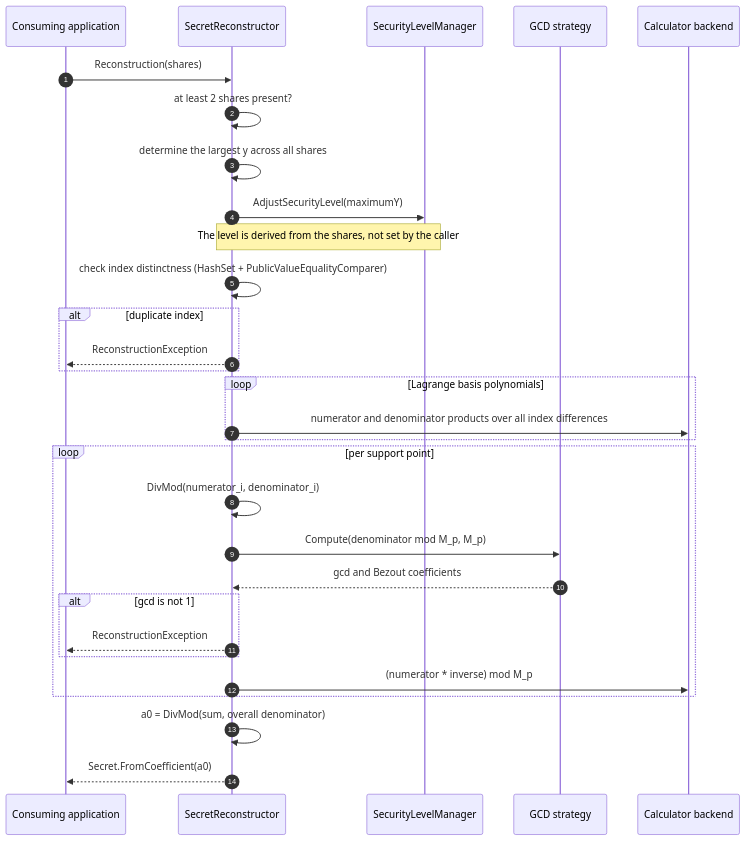
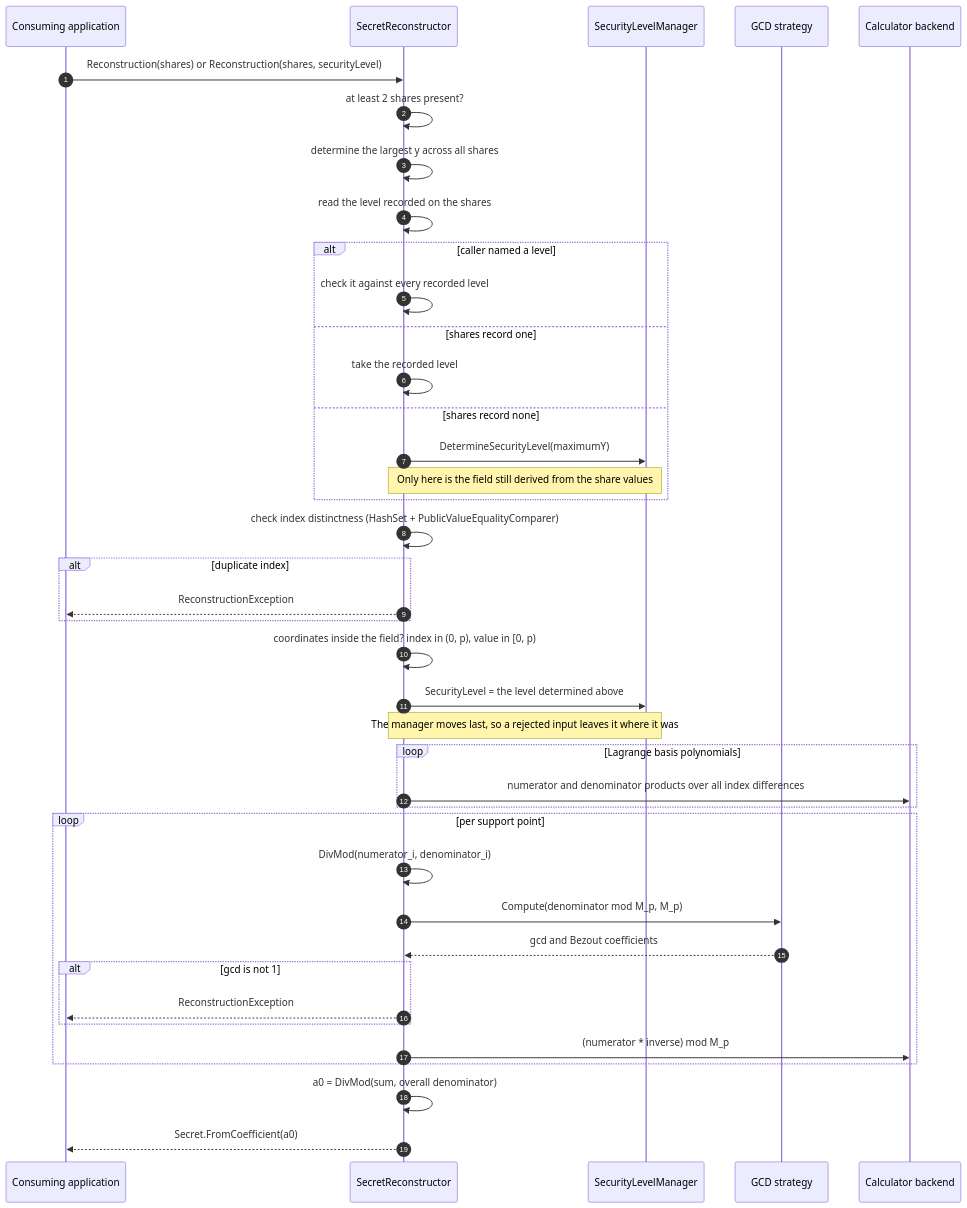
Before and after one commit to shinji-san/SecretSharingDotNet: the seventh of 10 diagrams in docs/architecture/arc42.en.md, drawn with Mermaid. The commit also changed other lines of this file and 3 other files, not shown here.

First line of the commit message:
docs: describe the field a share is created in

````diff
--- a/docs/architecture/arc42.en.md
+++ b/docs/architecture/arc42.en.md
@@ -593,33 +634,43 @@
 ```mermaid
 sequenceDiagram
     autonumber
     participant App as Consuming application
     participant Rec as SecretReconstructor
     participant SLM as SecurityLevelManager
     participant GCD as GCD strategy
     participant Calc as Calculator backend
 
-    App->>Rec: Reconstruction(shares)
+    App->>Rec: Reconstruction(shares) or Reconstruction(shares, securityLevel)
     Rec->>Rec: at least 2 shares present?
     Rec->>Rec: determine the largest y across all shares
-    Rec->>SLM: AdjustSecurityLevel(maximumY)
-    Note over Rec,SLM: The level is derived from the shares, not set by the caller
+    Rec->>Rec: read the level recorded on the shares
+    alt caller named a level
+        Rec->>Rec: check it against every recorded level
+    else shares record one
+        Rec->>Rec: take the recorded level
+    else shares record none
+        Rec->>SLM: DetermineSecurityLevel(maximumY)
+        Note over Rec,SLM: Only here is the field still derived from the share values
+    end
     Rec->>Rec: check index distinctness (HashSet + PublicValueEqualityComparer)
     alt duplicate index
         Rec-->>App: ReconstructionException
     end
+    Rec->>Rec: coordinates inside the field? index in (0, p), value in [0, p)
+    Rec->>SLM: SecurityLevel = the level determined above
+    Note over Rec,SLM: The manager moves last, so a rejected input leaves it where it was
     loop Lagrange basis polynomials
         Rec->>Calc: numerator and denominator products over all index differences
     end
     loop per support point
         Rec->>Rec: DivMod(numerator_i, denominator_i)
         Rec->>GCD: Compute(denominator mod M_p, M_p)
         GCD-->>Rec: gcd and Bezout coefficients
         alt gcd is not 1
             Rec-->>App: ReconstructionException
         end
         Rec->>Calc: (numerator * inverse) mod M_p
     end
     Rec->>Rec: a0 = DivMod(sum, overall denominator)
     Rec-->>App: Secret.FromCoefficient(a0)
 ```
````
